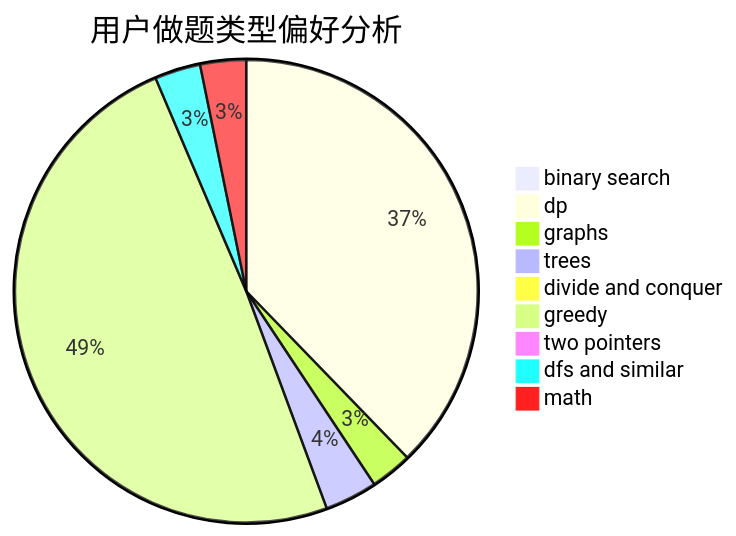
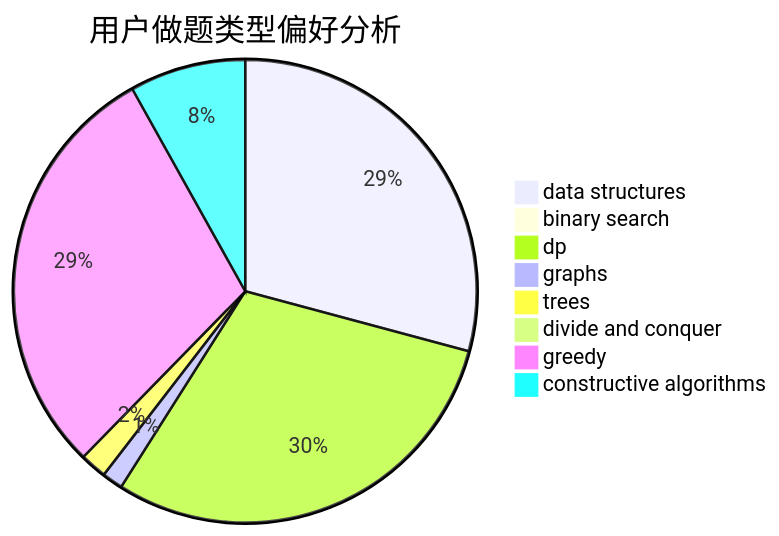
The second of 3 diagrams in docs/user/u2506.md (sherpahu/cfrs.github.io), drawn with Mermaid before and after one commit. The commit also changed other lines of this file and 2775 other files, not shown here.

````diff
--- a/docs/user/u2506.md
+++ b/docs/user/u2506.md
@@ -23,12 +23,11 @@
 ```mermaid
 pie title 用户做题类型偏好分析
-    "binary search" :  6
-    "dp" :  401
-    "graphs" :  31
-    "trees" :  39
-    "divide and conquer" :  6
-    "greedy" :  523
-    "two pointers" :  0
-    "dfs and similar" :  34
-    "math" :  34
+    "data structures" :  360
+    "binary search" :  4
+    "dp" :  368
+    "graphs" :  18
+    "trees" :  23
+    "divide and conquer" :  0
+    "greedy" :  365
+    "constructive algorithms" :  100
 ```
````
